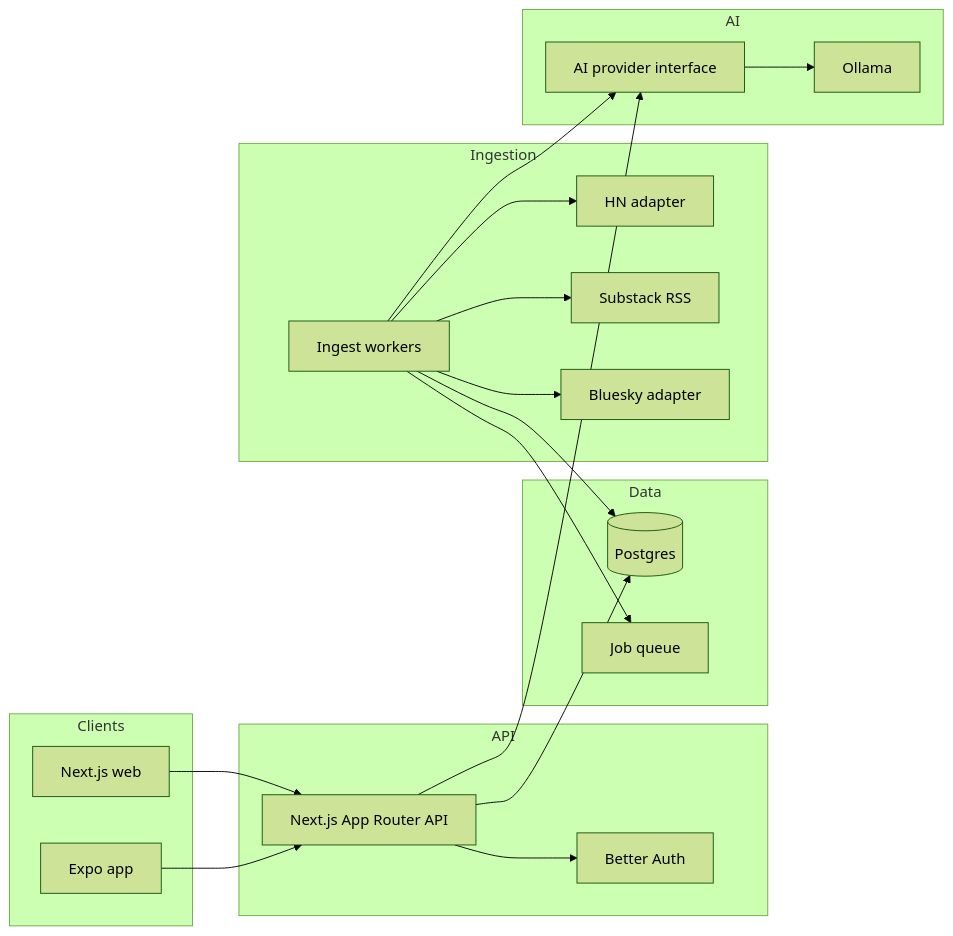
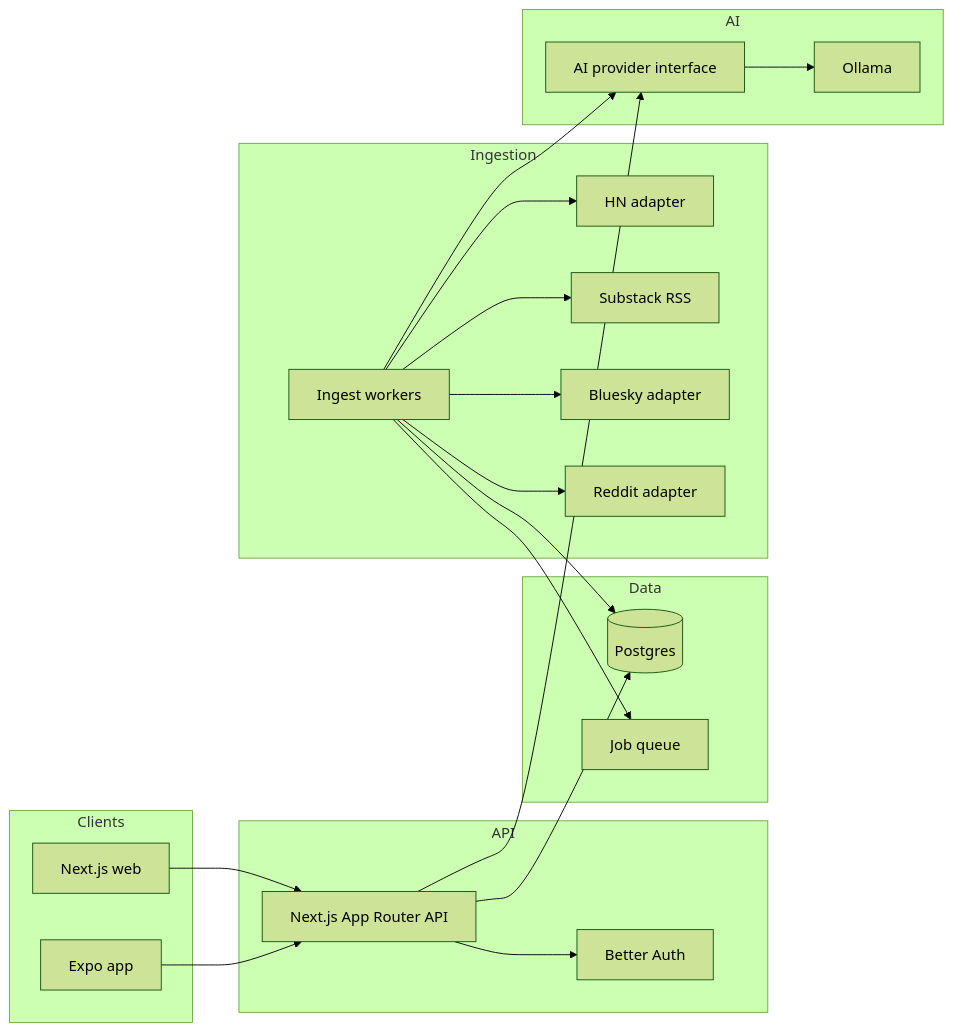
One commit to SpektrNO/newsroom changed the diagram in docs/architecture.md. Above: the diagram before and after it, drawn with Mermaid (forest theme). The commit also changed other lines of this file and 5 other files, not shown here.

Commit message:
Document Reddit adapter, env vars, and mark backlog complete.

````diff
--- a/docs/architecture.md
+++ b/docs/architecture.md
@@ -14,37 +14,39 @@
 ```mermaid
 flowchart LR
   subgraph clients [Clients]
     Web[Next.js web]
     Mobile[Expo app]
   end
   subgraph api [API]
     BFF[Next.js App Router API]
     Auth[Better Auth]
   end
   subgraph data [Data]
     DB[(Postgres)]
     Queue[Job queue]
   end
   subgraph ingest [Ingestion]
     Workers[Ingest workers]
     HN[HN adapter]
     SS[Substack RSS]
     BS[Bluesky adapter]
+    RD[Reddit adapter]
   end
   subgraph ai [AI]
     Provider[AI provider interface]
     Ollama[Ollama]
   end
   Web --> BFF
   Mobile --> BFF
   BFF --> Auth
   BFF --> DB
   Workers --> Queue
   Workers --> HN
   Workers --> SS
   Workers --> BS
+  Workers --> RD
   Workers --> DB
   Workers --> Provider
   Provider --> Ollama
   BFF --> Provider
 ```
````
